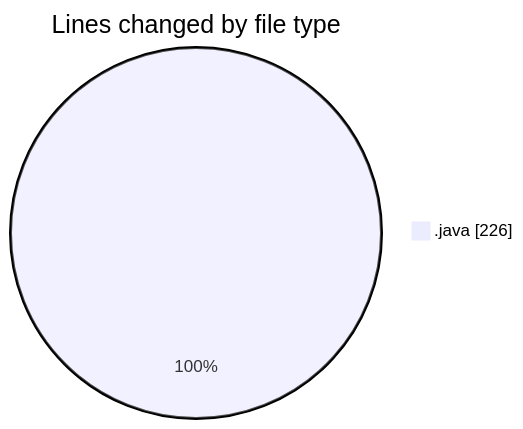
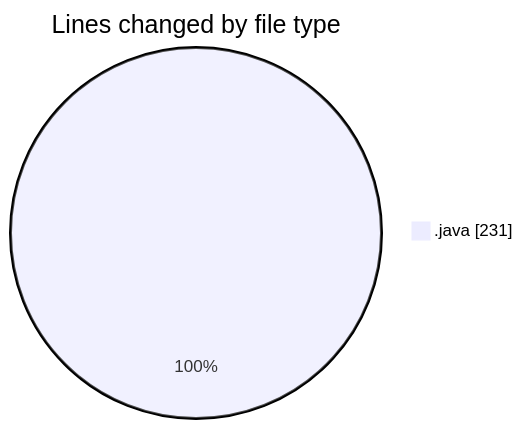
Before and after one commit to charlie-sans/code-tracking: the first of 2 diagrams in 2025-02-19/micros/README.md, drawn with Mermaid. The commit also changed other lines of this file and 1 other file, not shown here.

````diff
--- a/2025-02-19/micros/README.md
+++ b/2025-02-19/micros/README.md
@@ -22,5 +22,5 @@
 ```mermaid
 pie showData
 title Lines changed by file type
-".java" : 226
+".java" : 231
 ```
````
